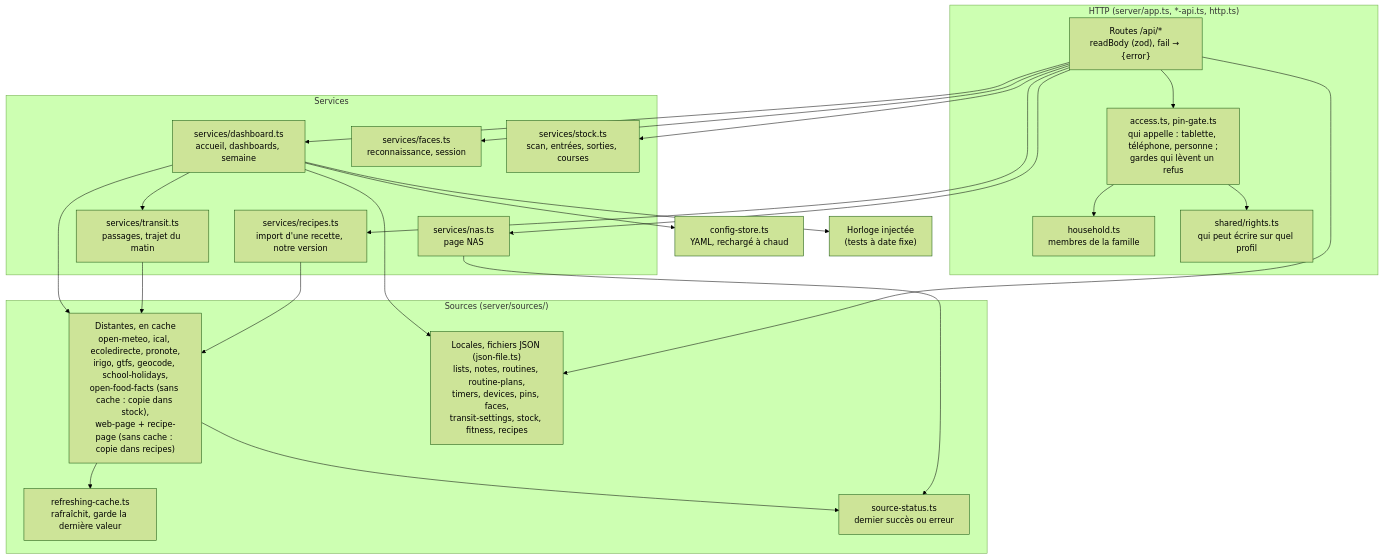
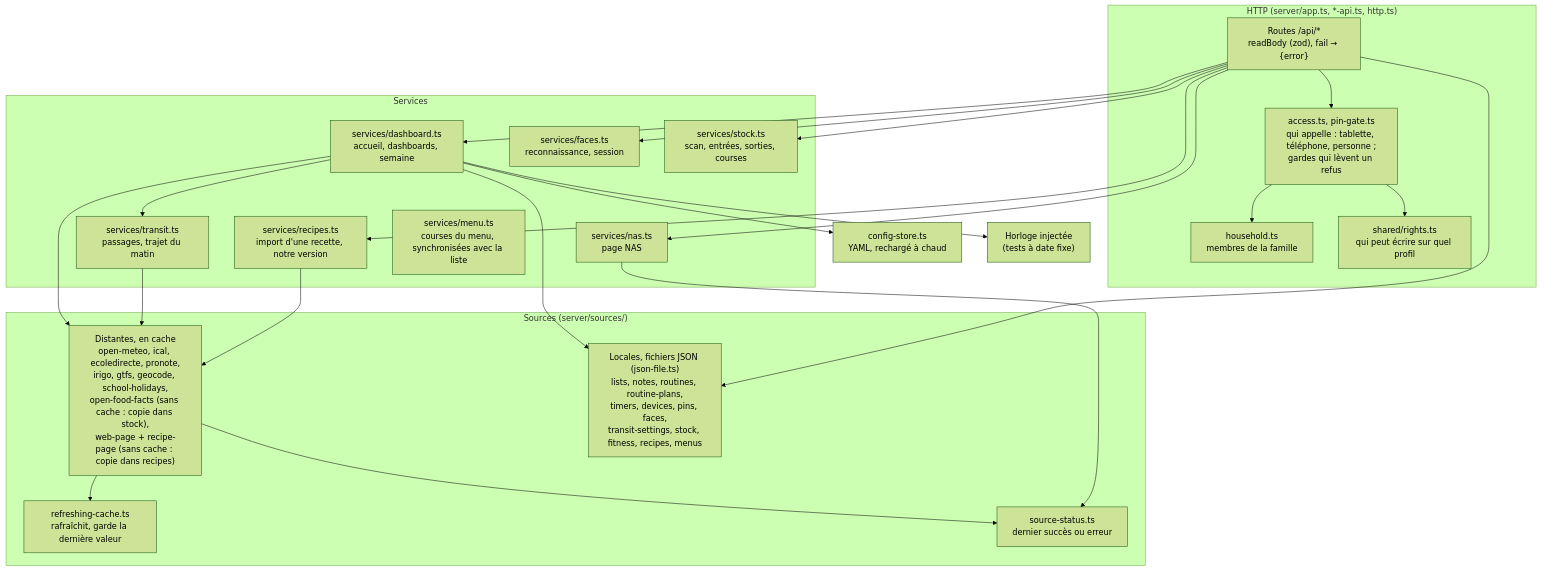
One commit to DeafLight/homehub changed the second of 11 diagrams in docs/architecture.md. Above: the diagram before and after it, drawn with Mermaid (forest theme). The commit also changed other lines of this file and 48 other files, not shown here.

````diff
--- a/docs/architecture.md
+++ b/docs/architecture.md
@@ -56,38 +56,39 @@
 ```mermaid
 flowchart TB
   subgraph http["HTTP (server/app.ts, *-api.ts, http.ts)"]
     routes["Routes /api/*<br/>readBody (zod), fail → {error}"]
     access["access.ts, pin-gate.ts<br/>qui appelle : tablette, téléphone, personne ;<br/>gardes qui lèvent un refus"]
     household["household.ts<br/>membres de la famille"]
     rights["shared/rights.ts<br/>qui peut écrire sur quel profil"]
   end
   subgraph services["Services"]
     dash["services/dashboard.ts<br/>accueil, dashboards, semaine"]
     transitS["services/transit.ts<br/>passages, trajet du matin"]
     facesS["services/faces.ts<br/>reconnaissance, session"]
     stockS["services/stock.ts<br/>scan, entrées, sorties, courses"]
     nasS["services/nas.ts<br/>page NAS"]
     recipesS["services/recipes.ts<br/>import d'une recette, notre version"]
+    menuS["services/menu.ts<br/>courses du menu, synchronisées avec la liste"]
   end
   subgraph sources["Sources (server/sources/)"]
     distant["Distantes, en cache<br/>open-meteo, ical, ecoledirecte, pronote,<br/>irigo, gtfs, geocode, school-holidays,<br/>open-food-facts (sans cache : copie dans stock),<br/>web-page + recipe-page (sans cache : copie dans recipes)"]
-    locales["Locales, fichiers JSON (json-file.ts)<br/>lists, notes, routines, routine-plans,<br/>timers, devices, pins, faces,<br/>transit-settings, stock, fitness, recipes"]
+    locales["Locales, fichiers JSON (json-file.ts)<br/>lists, notes, routines, routine-plans,<br/>timers, devices, pins, faces,<br/>transit-settings, stock, fitness, recipes, menus"]
     cache["refreshing-cache.ts<br/>rafraîchit, garde la dernière valeur"]
     status["source-status.ts<br/>dernier succès ou erreur"]
   end
   config["config-store.ts<br/>YAML, rechargé à chaud"]
   horloge["Horloge injectée<br/>(tests à date fixe)"]
 
   routes --> access --> rights
   access --> household
   routes --> dash & nasS & facesS & stockS & recipesS
   recipesS --> distant
   dash --> transitS --> distant
   routes --> locales
   dash --> distant & locales
   nasS --> status
   distant --> cache
   distant --> status
   dash --> config
   dash --> horloge
 ```
````
